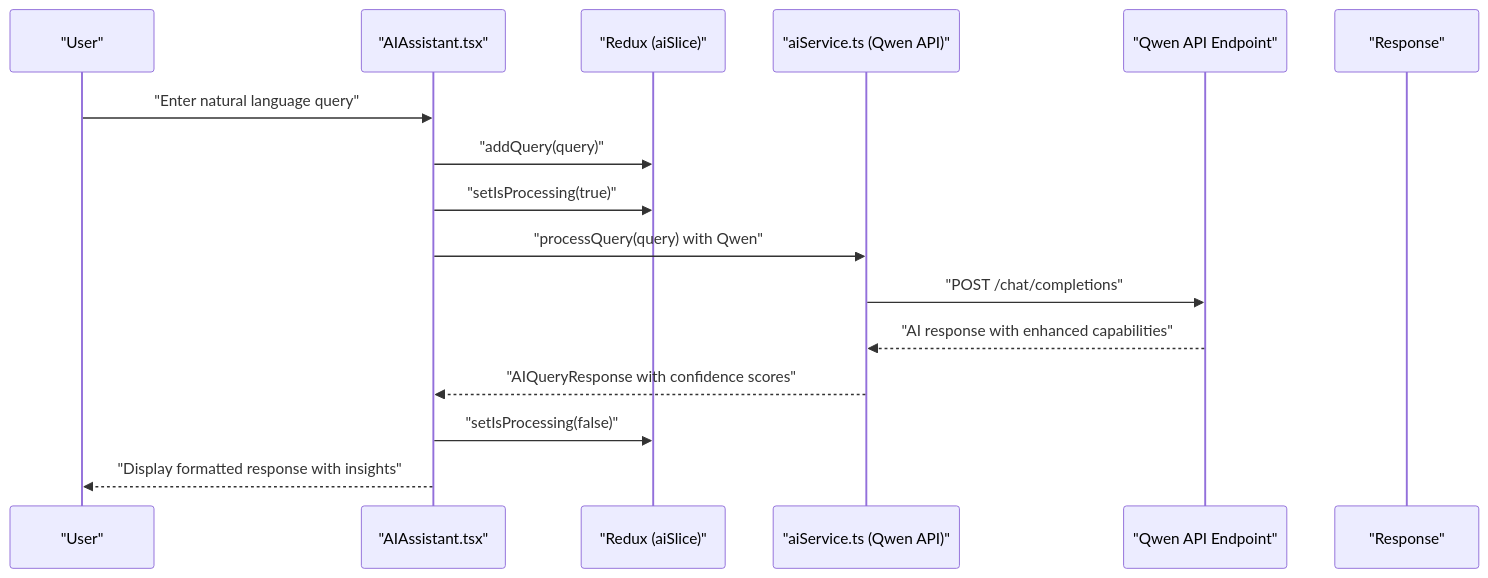
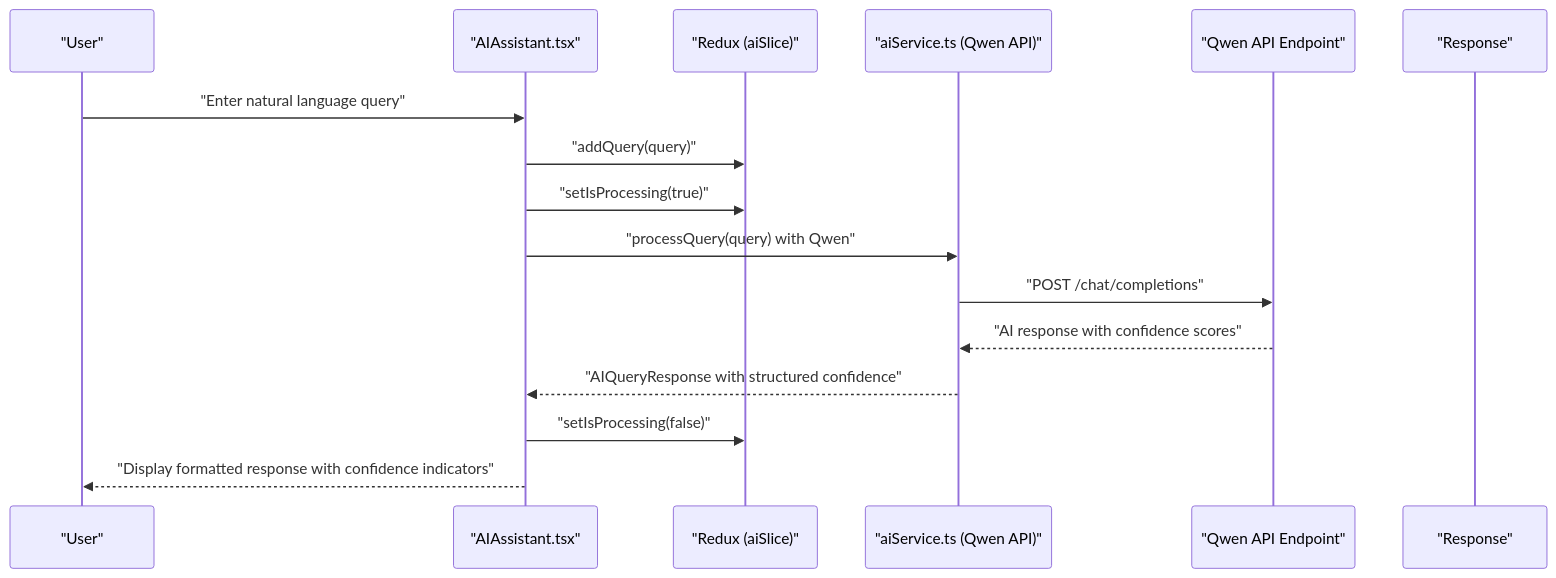
One commit to cacamarica/dashboard-ai changed the second of 8 diagrams in .qoder/repowiki/en/content/Core Features/AI Assistant.md. Above: the diagram before and after it, drawn with Mermaid. The commit also changed other lines of this file and 5 other files, not shown here.

````diff
--- a/.qoder/repowiki/en/content/Core Features/AI Assistant.md
+++ b/.qoder/repowiki/en/content/Core Features/AI Assistant.md
@@ -127,18 +135,18 @@
 ```mermaid
 sequenceDiagram
 participant User as "User"
 participant UI as "AIAssistant.tsx"
 participant Store as "Redux (aiSlice)"
 participant AIS as "aiService.ts (Qwen API)"
 participant Qwen as "Qwen API Endpoint"
 participant Resp as "Response"
 User->>UI : "Enter natural language query"
 UI->>Store : "addQuery(query)"
 UI->>Store : "setIsProcessing(true)"
 UI->>AIS : "processQuery(query) with Qwen"
 AIS->>Qwen : "POST /chat/completions"
-Qwen-->>AIS : "AI response with enhanced capabilities"
-AIS-->>UI : "AIQueryResponse with confidence scores"
+Qwen-->>AIS : "AI response with confidence scores"
+AIS-->>UI : "AIQueryResponse with structured confidence"
 UI->>Store : "setIsProcessing(false)"
-UI-->>User : "Display formatted response with insights"
+UI-->>User : "Display formatted response with confidence indicators"
 ```
````
